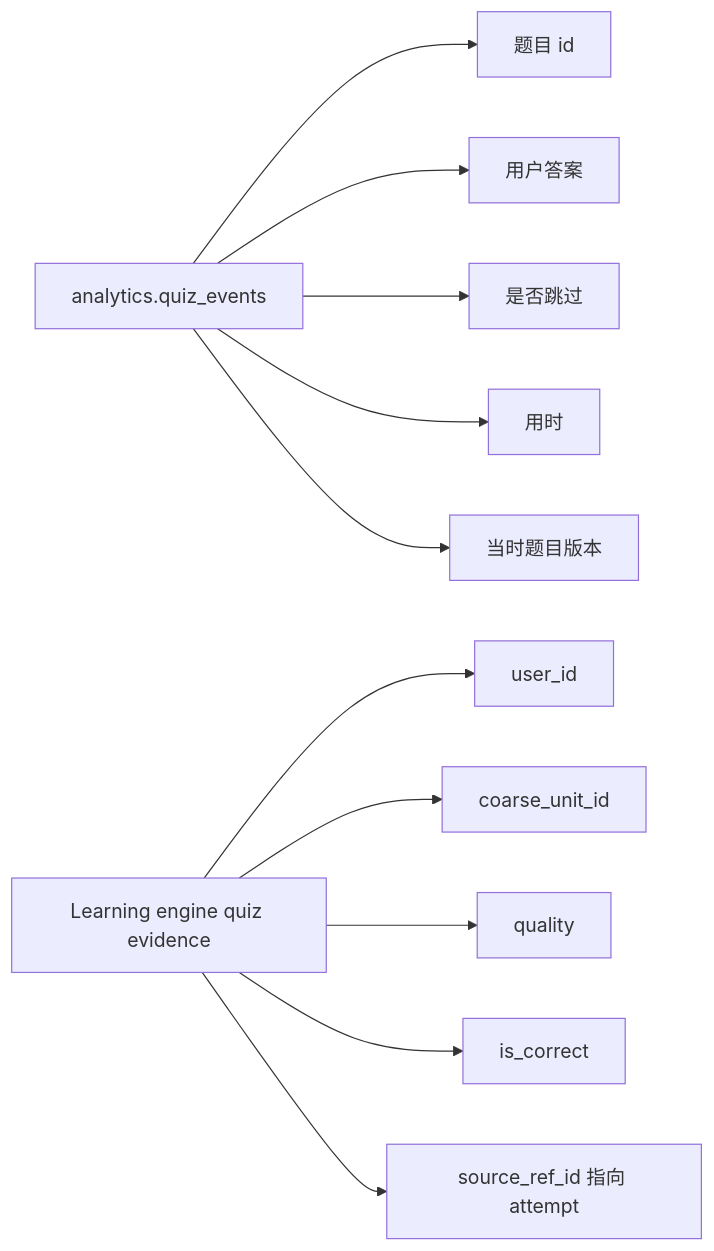
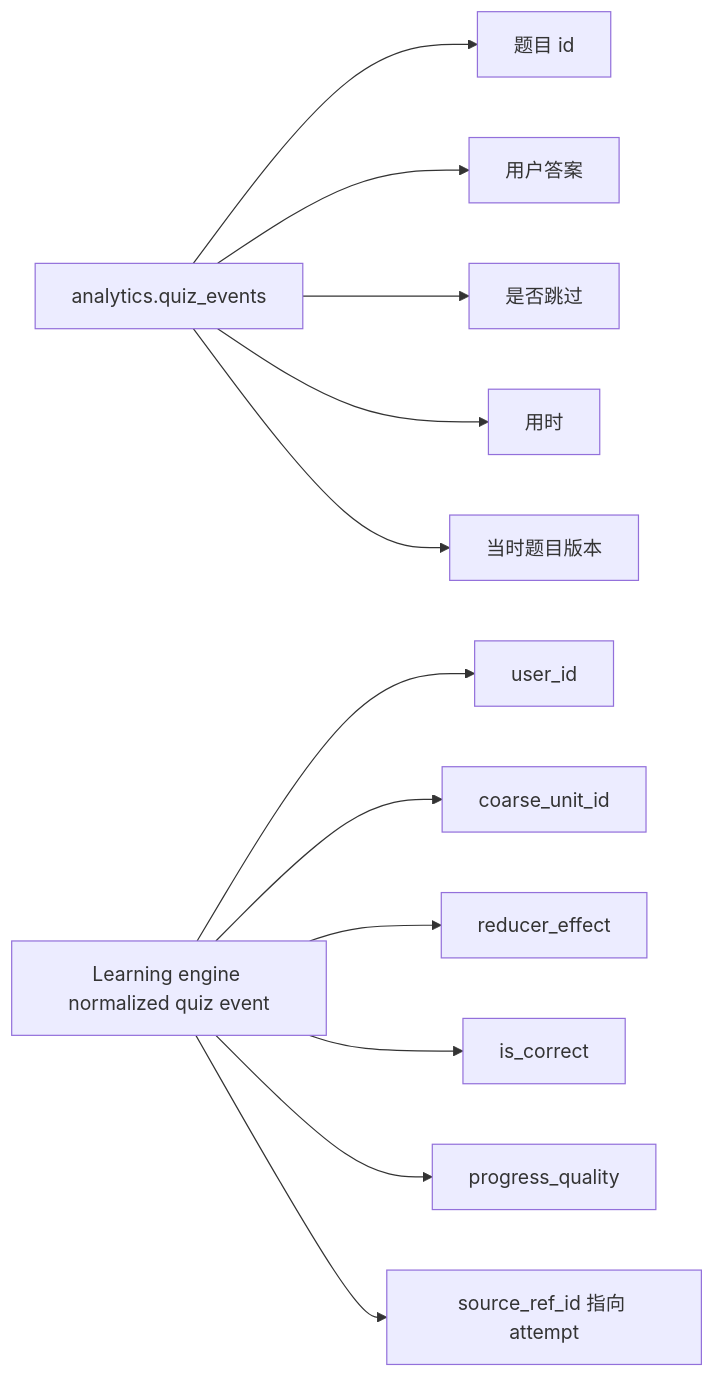
Diagram 11 of 13 in docs/学习互动信号语义设计.md (bionicotaku/learning-video-recommendation-system), drawn with Mermaid before and after one commit. The commit also changed other lines of this file and 60 other files, not shown here.

Commit message:
Refactor learning engine progress events

````diff
--- a/docs/学习互动信号语义设计.md
+++ b/docs/学习互动信号语义设计.md
@@ -888,14 +891,15 @@
 ```mermaid
 flowchart LR
     A["analytics.quiz_events"] --> A1["题目 id"]
     A --> A2["用户答案"]
     A --> A3["是否跳过"]
     A --> A4["用时"]
     A --> A5["当时题目版本"]
 
-    B["Learning engine quiz evidence"] --> B1["user_id"]
+    B["Learning engine normalized quiz event"] --> B1["user_id"]
     B --> B2["coarse_unit_id"]
-    B --> B3["quality"]
+    B --> B3["reducer_effect"]
     B --> B4["is_correct"]
-    B --> B5["source_ref_id 指向 attempt"]
+    B --> B5["progress_quality"]
+    B --> B6["source_ref_id 指向 attempt"]
 ```
````
